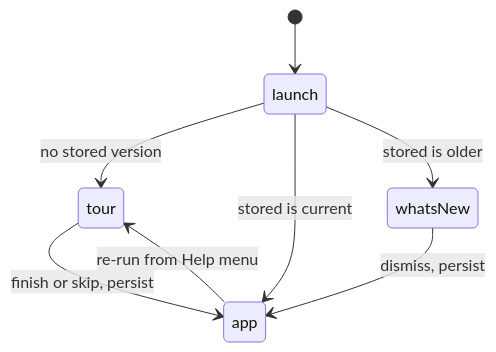
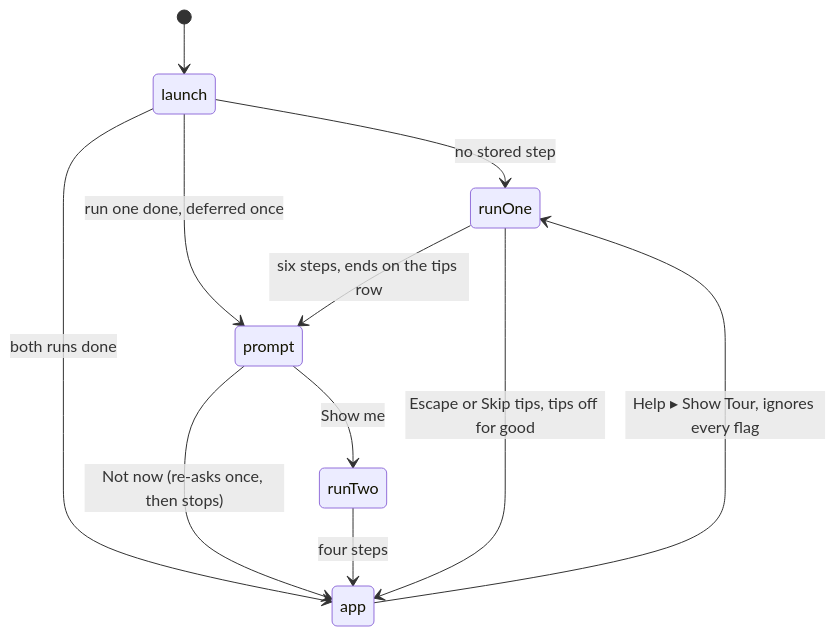
One commit to mindaugaskasp/diff-bro changed the fifth of 6 diagrams in docs/roadmap.md. Above: the diagram before and after it, drawn with Mermaid. The commit also changed other lines of this file and 104 other files, not shown here.

````diff
--- a/docs/roadmap.md
+++ b/docs/roadmap.md
@@ -176,10 +176,13 @@
 ```mermaid
 stateDiagram-v2
   [*] --> launch
-  launch --> tour: no stored version
-  launch --> app: stored is current
-  launch --> whatsNew: stored is older
-  tour --> app: finish or skip, persist
-  whatsNew --> app: dismiss, persist
-  app --> tour: re-run from Help menu
+  launch --> runOne: no stored step
+  launch --> app: both runs done
+  launch --> prompt: run one done, deferred once
+  runOne --> prompt: six steps, ends on the tips row
+  prompt --> runTwo: Show me
+  prompt --> app: Not now (re-asks once, then stops)
+  runTwo --> app: four steps
+  runOne --> app: Escape or Skip tips, tips off for good
+  app --> runOne: Help ▸ Show Tour, ignores every flag
 ```
````
